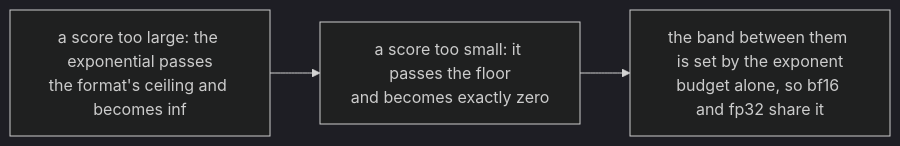
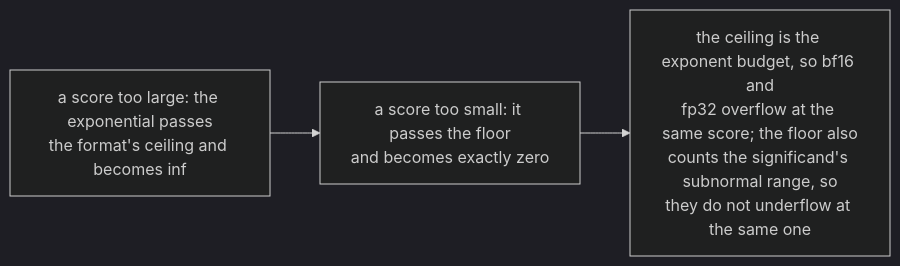
Before and after one commit to konradcinkusz/math-for-ai-engineers: the diagram in figures/mermaid/en/p02-two-cliffs.mmd, drawn with Mermaid (dark theme). The commit also changed 11 other files, not shown here.

```diff
--- a/figures/mermaid/en/p02-two-cliffs.mmd
+++ b/figures/mermaid/en/p02-two-cliffs.mmd
@@ -1,4 +1,4 @@
 flowchart LR
   A["a score too large: the exponential passes<br/>the format's ceiling and becomes inf"]
   A --> B["a score too small: it passes the floor<br/>and becomes exactly zero"]
-  B --> C["the band between them is set by the exponent<br/>budget alone, so bf16 and fp32 share it"]
+  B --> C["the ceiling is the exponent budget, so bf16 and<br/>fp32 overflow at the same score; the floor also<br/>counts the significand's subnormal range, so<br/>they do not underflow at the same one"]
```
